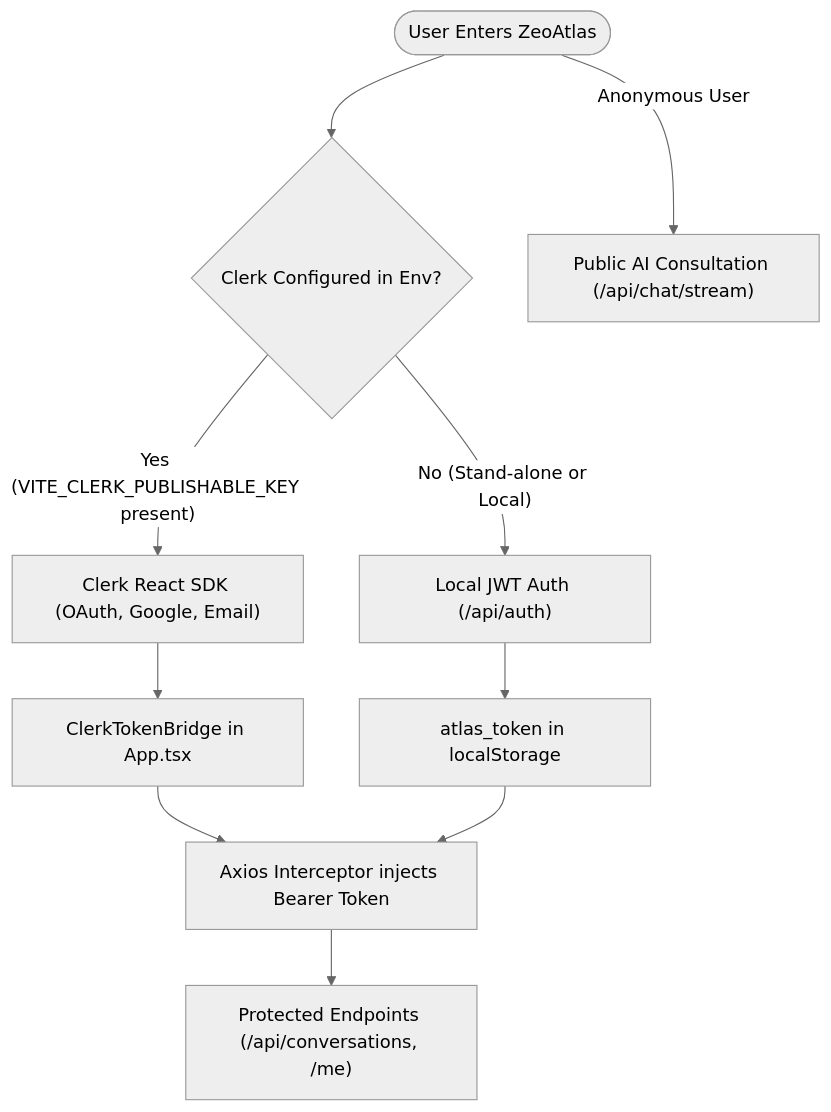
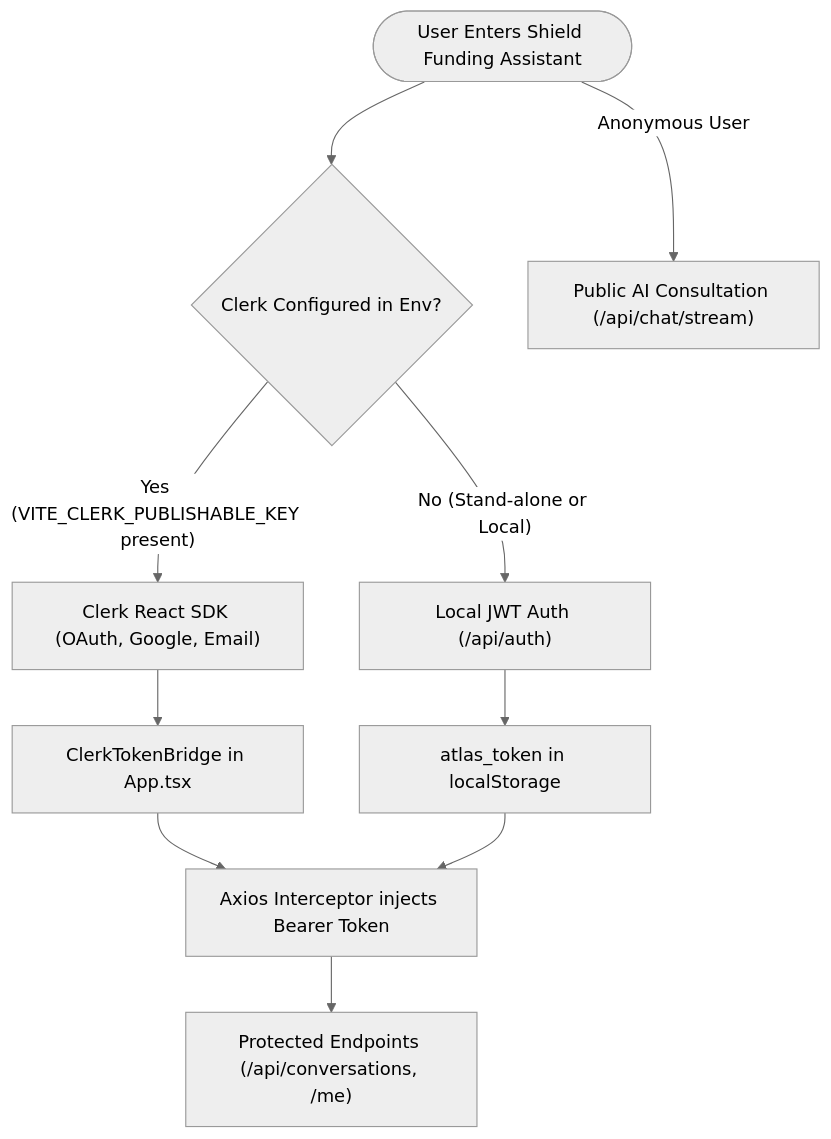
The fifth of 6 diagrams in DOCUMENTATION.md (Hafiz-Noman-Nawaz/Atlas), drawn with Mermaid (neutral theme) before and after one commit. The commit also changed other lines of this file and 23 other files, not shown here.

Commit message:
docs: rename bot to Shield Funding Assistant, retain domain zeoatlas.tech, and publish comprehensive supervisor documentation in README.md

````diff
--- a/DOCUMENTATION.md
+++ b/DOCUMENTATION.md
@@ -515,16 +514,16 @@
 ```mermaid
 flowchart TD
-    User([User Enters ZeoAtlas]) --> AuthCheck{Clerk Configured in Env?}
+    User([User Enters Shield Funding Assistant]) --> AuthCheck{Clerk Configured in Env?}
     
     AuthCheck -- Yes (VITE_CLERK_PUBLISHABLE_KEY present) --> ClerkFlow["Clerk React SDK (OAuth, Google, Email)"]
     ClerkFlow --> Bridge["ClerkTokenBridge in App.tsx"]
     Bridge --> Interceptor["Axios Interceptor injects Bearer Token"]
     
     AuthCheck -- No (Stand-alone or Local) --> LocalAuth["Local JWT Auth (/api/auth)"]
     LocalAuth --> LocalStorage["atlas_token in localStorage"]
     LocalStorage --> Interceptor
 
     Interceptor --> ProtectedEndpoints["Protected Endpoints (/api/conversations, /me)"]
     
     User -- Anonymous User --> PublicEndpoints["Public AI Consultation (/api/chat/stream)"]
 ```
````
